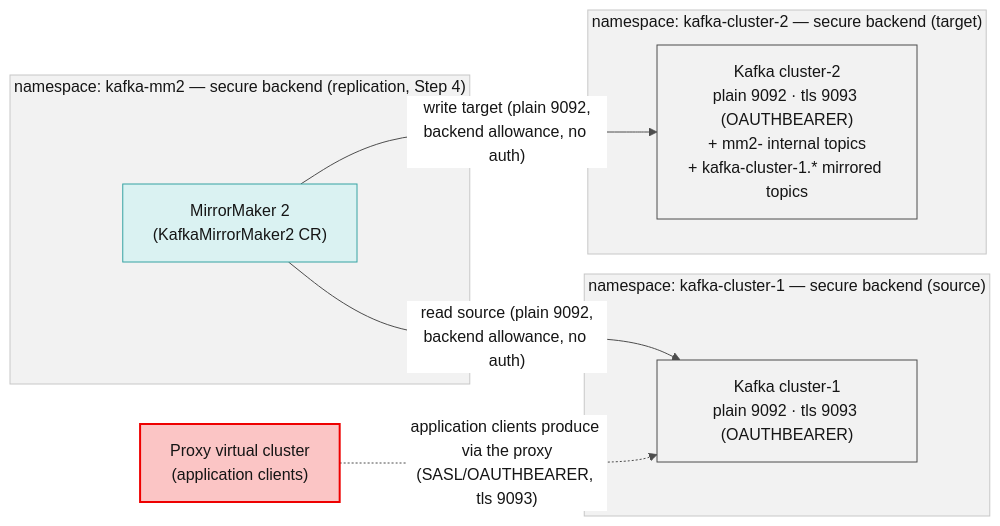
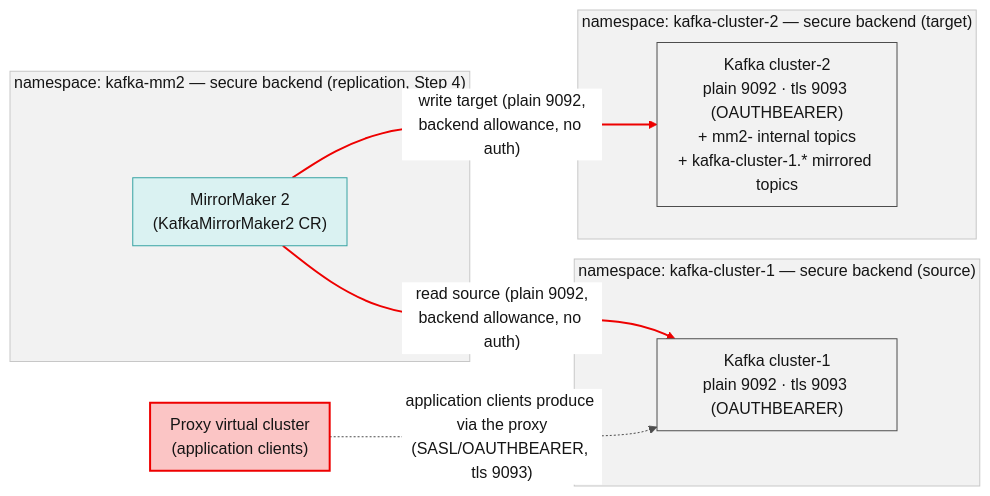
One commit to jcordes73/kafka-proxy-use-cases changed the diagram in docs/04-mirrormaker2.md. Above: the diagram before and after it, drawn with Mermaid. The commit also changed 11 other files, not shown here.

````diff
--- a/docs/04-mirrormaker2.md
+++ b/docs/04-mirrormaker2.md
@@ -11,23 +11,26 @@
 ```mermaid
-%%{init: {"theme":"base","themeVariables":{"fontFamily":"Red Hat Text, Red Hat Display, sans-serif","primaryColor":"#FFFFFF","primaryTextColor":"#151515","primaryBorderColor":"#C7C7C7","lineColor":"#4D4D4D","secondaryColor":"#F2F2F2","tertiaryColor":"#F2F2F2","clusterBkg":"#F2F2F2","clusterBorder":"#C7C7C7","edgeLabelBackground":"#FFFFFF","titleColor":"#151515"}}}%%
+%%{init: {"theme":"base","themeVariables":{"fontFamily":"Red Hat Text, Red Hat Display, sans-serif","primaryColor":"#FFFFFF","primaryTextColor":"#151515","primaryBorderColor":"#C7C7C7","lineColor":"#4D4D4D","secondaryColor":"#F2F2F2","tertiaryColor":"#F2F2F2","clusterBkg":"#F2F2F2","clusterBorder":"#C7C7C7","edgeLabelBackground":"#FFFFFF","titleColor":"#151515"},"flowchart":{"curve":"basis","nodeSpacing":45,"rankSpacing":55,"padding":10}}}%%
 flowchart LR
     subgraph sourceNs["namespace: kafka-cluster-1 — secure backend (source)"]
         K1["Kafka cluster-1<br/>plain 9092 · tls 9093 (OAUTHBEARER)"]
     end
     subgraph mm2ns["namespace: kafka-mm2 — secure backend (replication, Step 4)"]
         MM2["MirrorMaker 2<br/>(KafkaMirrorMaker2 CR)"]
     end
     subgraph targetNs["namespace: kafka-cluster-2 — secure backend (target)"]
         K2["Kafka cluster-2<br/>plain 9092 · tls 9093 (OAUTHBEARER)<br/>+ mm2- internal topics<br/>+ kafka-cluster-1.* mirrored topics"]
     end
     P["Proxy virtual cluster<br/>(application clients)"]
 
     MM2 -- "read source (plain 9092,<br/>backend allowance, no auth)" --> K1
     MM2 -- "write target (plain 9092,<br/>backend allowance, no auth)" --> K2
     P -. "application clients produce via the proxy<br/>(SASL/OAUTHBEARER, tls 9093)" .-> K1
 
-    style K1 fill:#F2F2F2,stroke:#4D4D4D
-    style K2 fill:#F2F2F2,stroke:#4D4D4D
-    style MM2 fill:#DAF2F2,stroke:#37A3A3
-    style P fill:#FBC5C5,stroke:#EE0000,stroke-width:2px
+classDef red fill:#FBC5C5,stroke:#EE0000,stroke-width:2px
+classDef gray fill:#F2F2F2,stroke:#4D4D4D
+classDef teal fill:#DAF2F2,stroke:#37A3A3
+class P red
+class K1,K2 gray
+class MM2 teal
+linkStyle 0,1 stroke:#EE0000,stroke-width:2px
 ```
````
